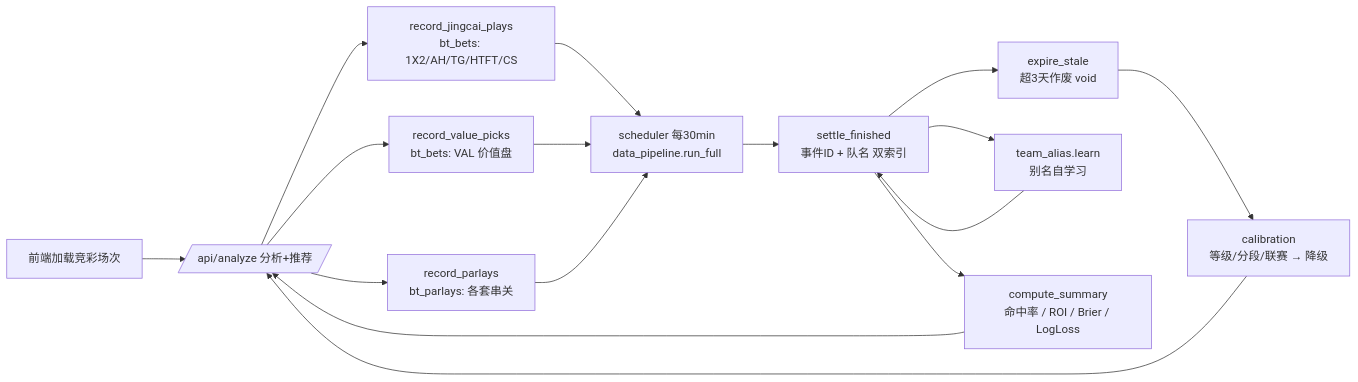
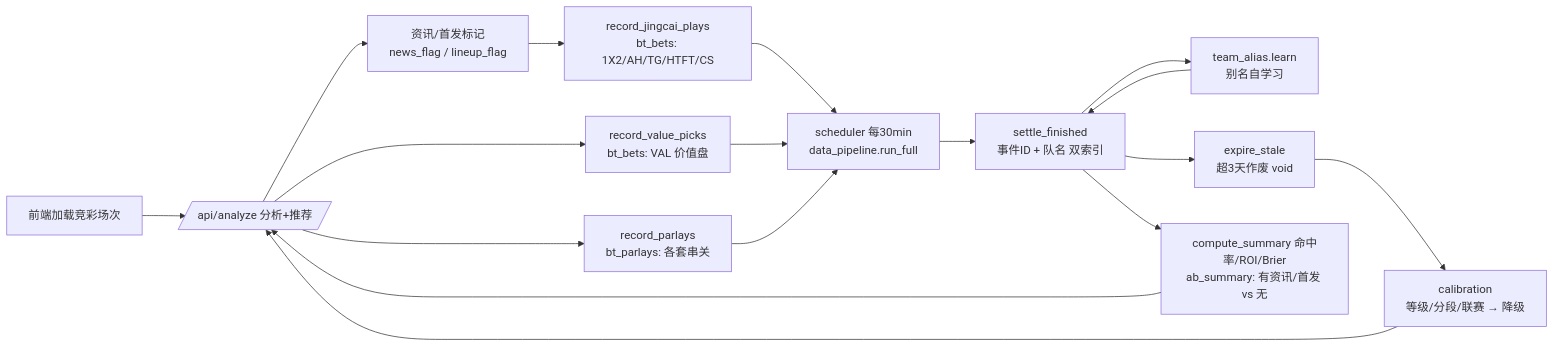
Before and after one commit to etrei7/jingcai-analyzer: the third of 3 diagrams in README.md, drawn with Mermaid. The commit also changed other lines of this file, not shown here.

Commit message:
docs: README 增加资讯/首发闭环图 + 回测闭环补 A/B

````diff
--- a/README.md
+++ b/README.md
@@ -95,18 +128,19 @@
 ```mermaid
 flowchart LR
   A[前端加载竞彩场次] --> B[/api/analyze 分析+推荐/]
-  B --> C[record_jingcai_plays<br/>bt_bets: 1X2/AH/TG/HTFT/CS]
+  B --> N[资讯/首发标记<br/>news_flag / lineup_flag]
+  N --> C[record_jingcai_plays<br/>bt_bets: 1X2/AH/TG/HTFT/CS]
   B --> D[record_value_picks<br/>bt_bets: VAL 价值盘]
   B --> E[record_parlays<br/>bt_parlays: 各套串关]
   C --> F[scheduler 每30min<br/>data_pipeline.run_full]
   D --> F
   E --> F
   F --> G[settle_finished<br/>事件ID + 队名 双索引]
-  G --> H[expire_stale<br/>超3天作废 void]
   G --> I[team_alias.learn<br/>别名自学习]
   I --> G
+  G --> H[expire_stale<br/>超3天作废 void]
   H --> J[calibration<br/>等级/分段/联赛 → 降级]
   J --> B
-  G --> K[compute_summary<br/>命中率 / ROI / Brier / LogLoss]
+  G --> K[compute_summary 命中率/ROI/Brier<br/>ab_summary: 有资讯/首发 vs 无]
   K --> B
 ```
````
